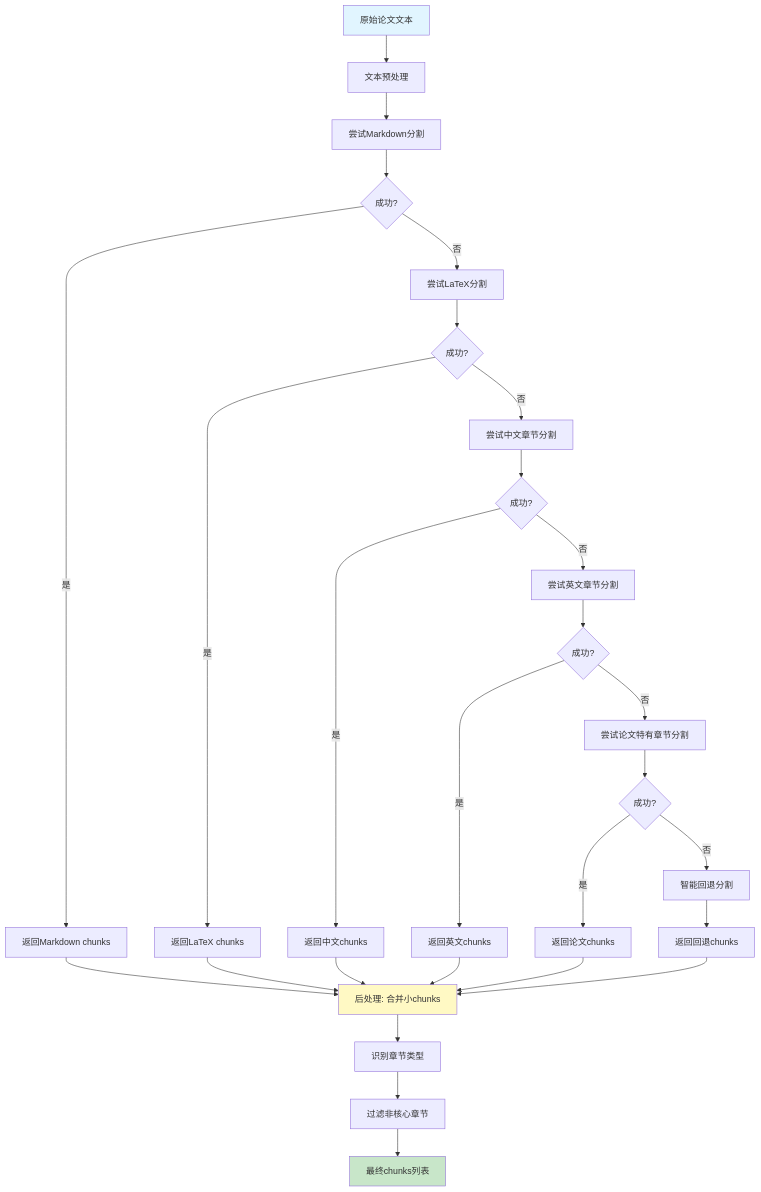
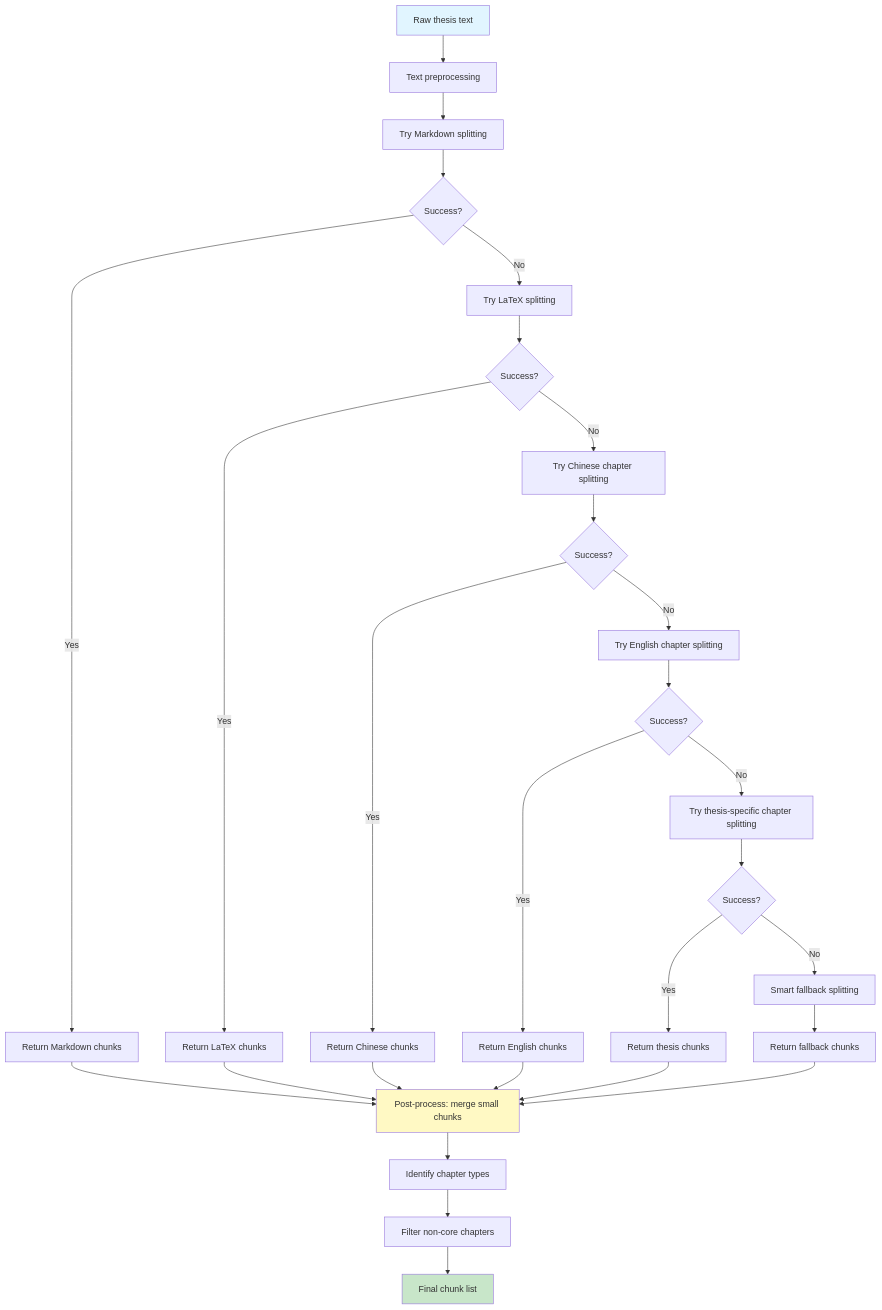
The fifth of 5 diagrams in pipelines/thesis_synthesis/README.md (JackKuo666/QALoop), drawn with Mermaid before and after one commit. The commit also changed other lines of this file and 25 other files, not shown here.

````diff
--- a/pipelines/thesis_synthesis/README.md
+++ b/pipelines/thesis_synthesis/README.md
@@ -154,41 +154,41 @@
 ```mermaid
 flowchart TD
-    A[原始论文文本] --> B[文本预处理]
-    B --> C[尝试Markdown分割]
-    C --> D{成功?}
-    D -->|是| E[返回Markdown chunks]
-    D -->|否| F[尝试LaTeX分割]
+    A[Raw thesis text] --> B[Text preprocessing]
+    B --> C[Try Markdown splitting]
+    C --> D{Success?}
+    D -->|Yes| E[Return Markdown chunks]
+    D -->|No| F[Try LaTeX splitting]
     
-    F --> G{成功?}
-    G -->|是| H[返回LaTeX chunks]
-    G -->|否| I[尝试中文章节分割]
+    F --> G{Success?}
+    G -->|Yes| H[Return LaTeX chunks]
+    G -->|No| I[Try Chinese chapter splitting]
     
-    I --> J{成功?}
-    J -->|是| K[返回中文chunks]
-    J -->|否| L[尝试英文章节分割]
+    I --> J{Success?}
+    J -->|Yes| K[Return Chinese chunks]
+    J -->|No| L[Try English chapter splitting]
     
-    L --> M{成功?}
-    M -->|是| N[返回英文chunks]
-    M -->|否| O[尝试论文特有章节分割]
+    L --> M{Success?}
+    M -->|Yes| N[Return English chunks]
+    M -->|No| O[Try thesis-specific chapter splitting]
     
-    O --> P{成功?}
-    P -->|是| Q[返回论文chunks]
-    P -->|否| R[智能回退分割]
+    O --> P{Success?}
+    P -->|Yes| Q[Return thesis chunks]
+    P -->|No| R[Smart fallback splitting]
     
-    R --> S[返回回退chunks]
+    R --> S[Return fallback chunks]
     
-    E --> T[后处理: 合并小chunks]
+    E --> T[Post-process: merge small chunks]
     H --> T
     K --> T
     N --> T
     Q --> T
     S --> T
     
-    T --> U[识别章节类型]
-    U --> V[过滤非核心章节]
-    V --> W[最终chunks列表]
+    T --> U[Identify chapter types]
+    U --> V[Filter non-core chapters]
+    V --> W[Final chunk list]
     
     style A fill:#e1f5ff
     style W fill:#c8e6c9
     style T fill:#fff9c4
 ```
````
